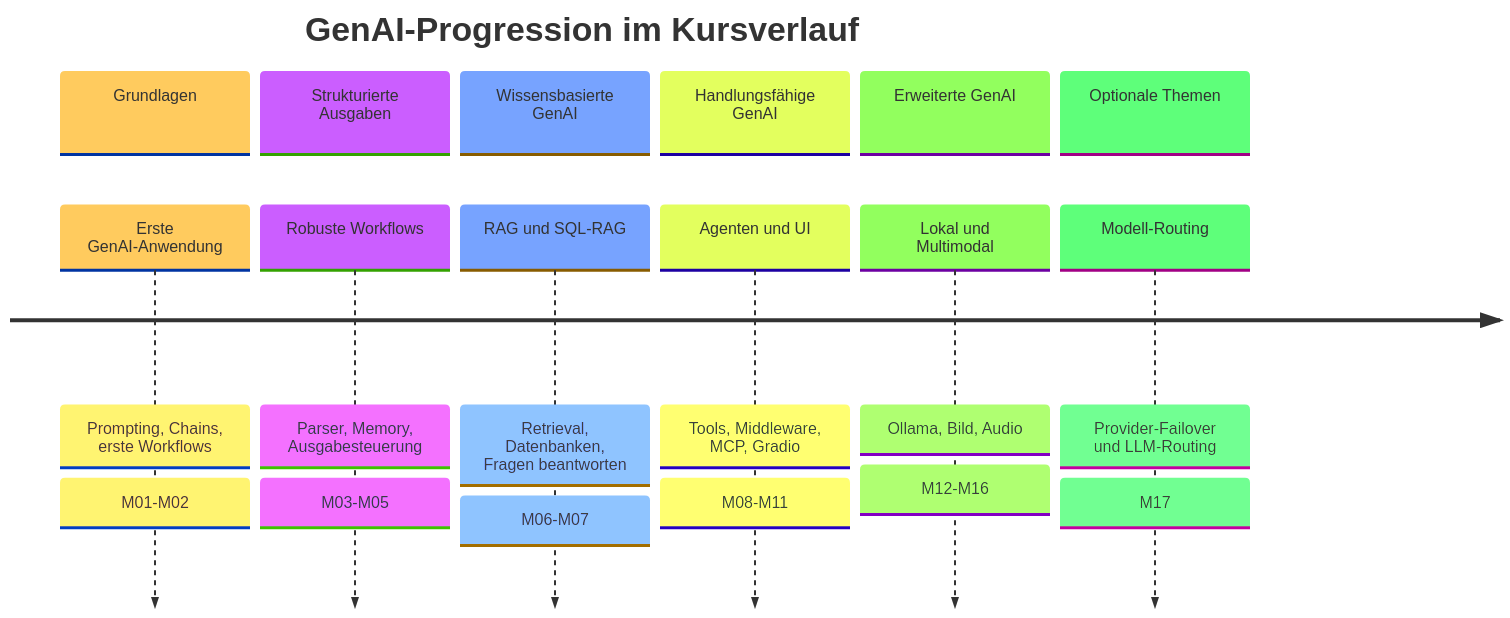
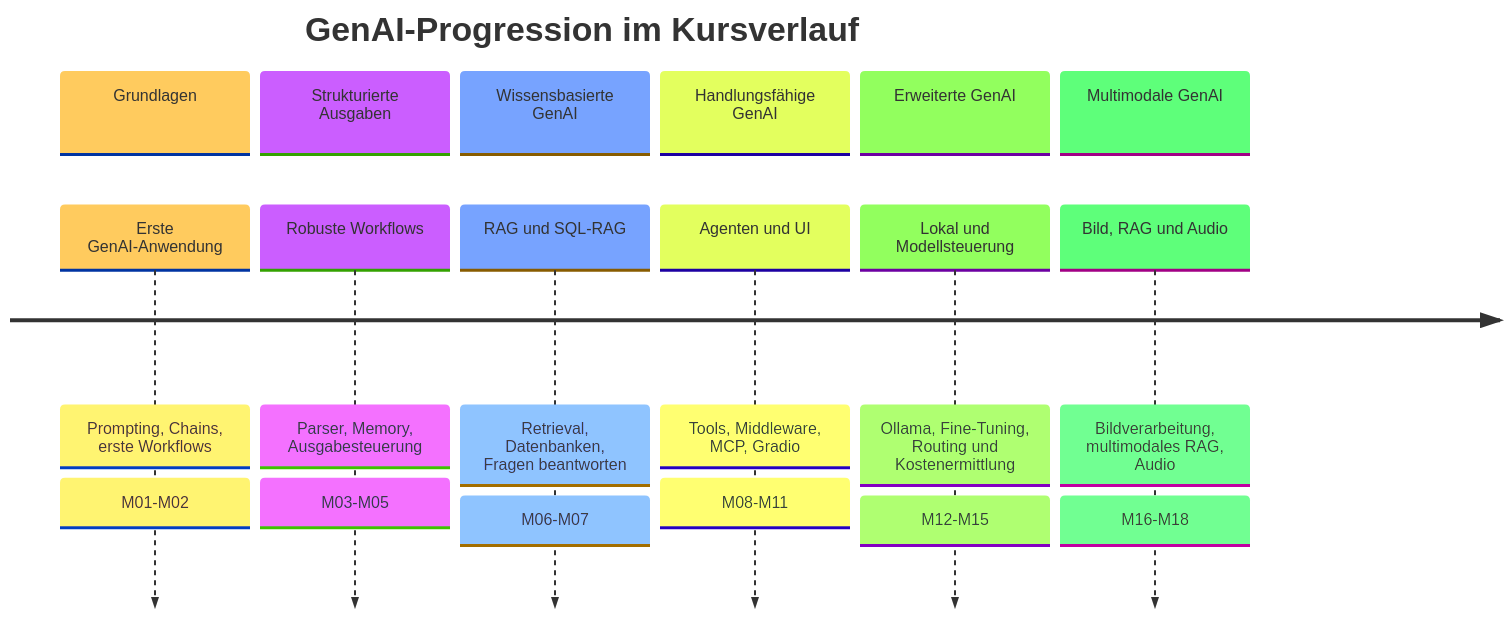
One commit to ralf-42/GenAI changed the diagram in docs/02-orientierung/kursueberblick.md. Above: the diagram before and after it, drawn with Mermaid. The commit also changed other lines of this file and 9 other files, not shown here.

````diff
--- a/docs/02-orientierung/kursueberblick.md
+++ b/docs/02-orientierung/kursueberblick.md
@@ -69,33 +69,33 @@
 ```mermaid
 %%{init: {
   'theme': 'base',
   'themeVariables': {
     'timelineLineColor': '#2e7d32',
     'sectionBkgColor': '#c8e6c9',
     'sectionTextColor': '#1b5e20',
     'containerBkgColor': '#f9f9f9',
     'taskBkgColor': '#e8f5e9',
     'taskTextColor': '#1b5e20'
   }
 }}%%
 timeline
     title GenAI-Progression im Kursverlauf
     section Grundlagen
         Erste GenAI-Anwendung : Prompting, Chains, erste Workflows
                               : M01-M02
     section Strukturierte Ausgaben
         Robuste Workflows     : Parser, Memory, Ausgabesteuerung
                               : M03-M05
     section Wissensbasierte GenAI
         RAG und SQL-RAG       : Retrieval, Datenbanken, Fragen beantworten
                               : M06-M07
     section Handlungsfähige GenAI
         Agenten und UI        : Tools, Middleware, MCP, Gradio
                               : M08-M11
     section Erweiterte GenAI
-        Lokal und Multimodal  : Ollama, Bild, Audio
-                              : M12-M16
-    section Optionale Themen
-        Modell-Routing        : Provider-Failover und LLM-Routing
-                              : M17
+        Lokal und Modellsteuerung : Ollama, Fine-Tuning, Routing und Kostenermittlung
+                              : M12-M15
+    section Multimodale GenAI
+        Bild, RAG und Audio   : Bildverarbeitung, multimodales RAG, Audio
+                              : M16-M18
 ```
````
